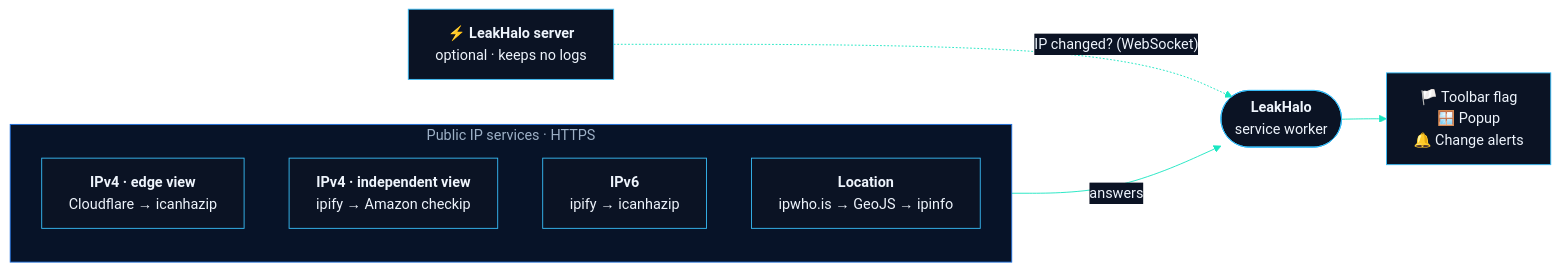
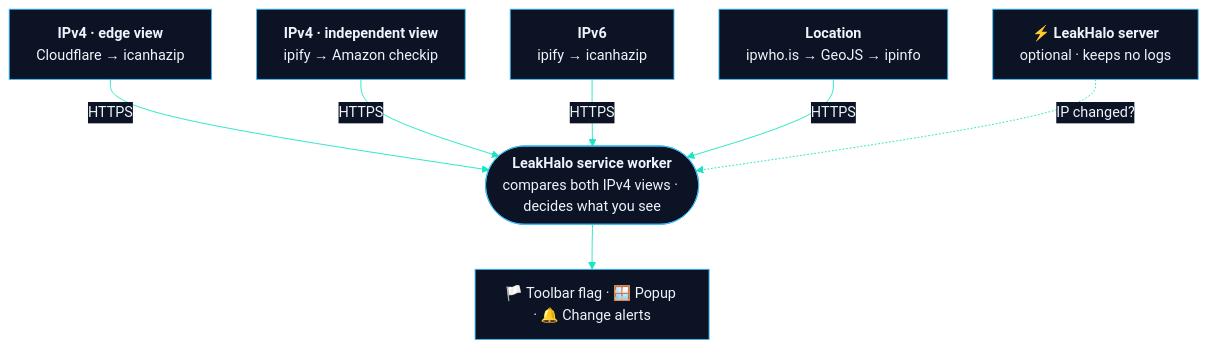
Before and after one commit to SLMN-LABS/leakhalo: the diagram in README.md, drawn with Mermaid. The commit also changed other lines of this file, not shown here.

Commit message:
README: fan-in diagram and a static license badge

````diff
--- a/README.md
+++ b/README.md
@@ -81,17 +81,14 @@
 ```mermaid
 %%{init: {"theme": "base", "themeVariables": {"fontFamily": "Inter, Segoe UI, sans-serif", "primaryColor": "#0b1324", "primaryTextColor": "#eef4fc", "primaryBorderColor": "#38bdf8", "lineColor": "#19e6c1", "clusterBkg": "#071328", "clusterBorder": "#1d6fe0", "titleColor": "#9db0c6", "edgeLabelBackground": "#0b1324", "textColor": "#9db0c6"}}}%%
-flowchart LR
-    subgraph P["Public IP services · HTTPS"]
-        direction TB
-        CF["<b>IPv4 · edge view</b><br/>Cloudflare → icanhazip"]
-        IP["<b>IPv4 · independent view</b><br/>ipify → Amazon checkip"]
-        V6["<b>IPv6</b><br/>ipify → icanhazip"]
-        GEO["<b>Location</b><br/>ipwho.is → GeoJS → ipinfo"]
-    end
+flowchart TB
+    CF["<b>IPv4 · edge view</b><br/>Cloudflare → icanhazip"]
+    IP["<b>IPv4 · independent view</b><br/>ipify → Amazon checkip"]
+    V6["<b>IPv6</b><br/>ipify → icanhazip"]
+    GEO["<b>Location</b><br/>ipwho.is → GeoJS → ipinfo"]
     SRV["<b>⚡ LeakHalo server</b><br/>optional · keeps no logs"]
-    SW(["<b>LeakHalo</b><br/>service worker"])
-    UI["🏳️ Toolbar flag<br/>🪟 Popup<br/>🔔 Change alerts"]
-    P -- "answers" --> SW
-    SRV -. "IP changed? (WebSocket)" .-> SW
+    SW(["<b>LeakHalo service worker</b><br/>compares both IPv4 views · decides what you see"])
+    UI["🏳️ Toolbar flag · 🪟 Popup · 🔔 Change alerts"]
+    CF & IP & V6 & GEO -- HTTPS --> SW
+    SRV -. "IP changed?" .-> SW
     SW --> UI
 ```
````
